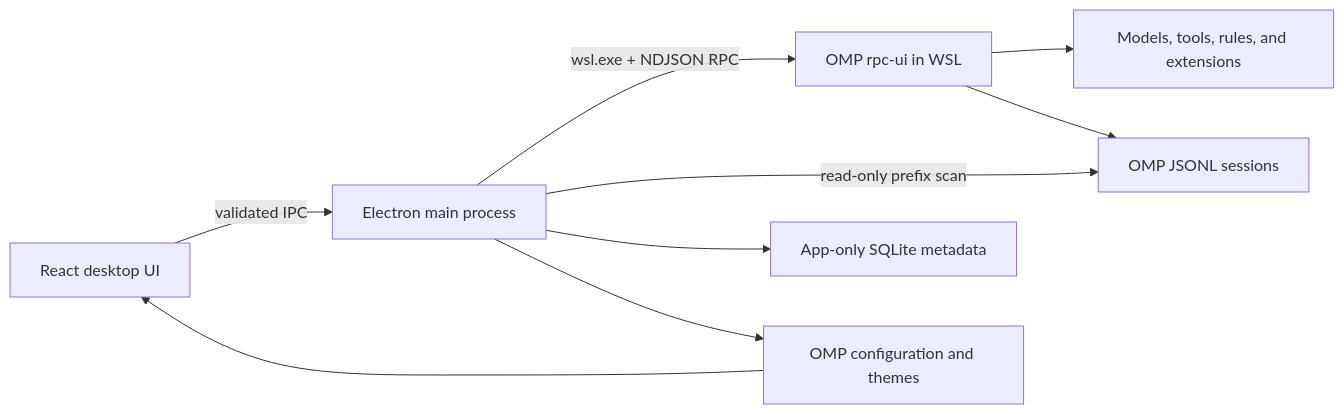
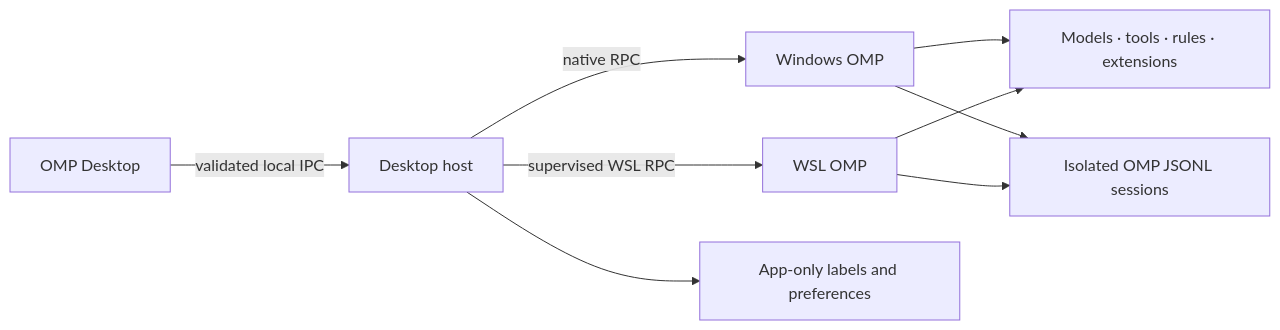
Before and after one commit to Eijnewgnaw/omp-desktop: the diagram in README.md, drawn with Mermaid. The commit also changed other lines of this file and 60 other files, not shown here.

Commit message:
release: prepare OMP Desktop v0.1.0

````diff
--- a/README.md
+++ b/README.md
@@ -106,19 +64,11 @@
 ```mermaid
 flowchart LR
-  UI["React desktop UI"]
-  Main["Electron main process"]
-  OMP["OMP rpc-ui in WSL"]
-  Agent["Models, tools, rules, and extensions"]
-  Sessions["OMP JSONL sessions"]
-  Metadata["App-only SQLite metadata"]
-  Themes["OMP configuration and themes"]
-
-  UI -->|"validated IPC"| Main
-  Main -->|"wsl.exe + NDJSON RPC"| OMP
-  OMP --> Agent
-  OMP --> Sessions
-  Main -->|"read-only prefix scan"| Sessions
-  Main --> Metadata
-  Main --> Themes
-  Themes --> UI
+  UI["OMP Desktop"] -->|"validated local IPC"| Host["Desktop host"]
+  Host -->|"native RPC"| Win["Windows OMP"]
+  Host -->|"supervised WSL RPC"| WSL["WSL OMP"]
+  Win --> Agent["Models · tools · rules · extensions"]
+  WSL --> Agent
+  Win --> Sessions["Isolated OMP JSONL sessions"]
+  WSL --> Sessions
+  Host --> Metadata["App-only labels and preferences"]
 ```
````
